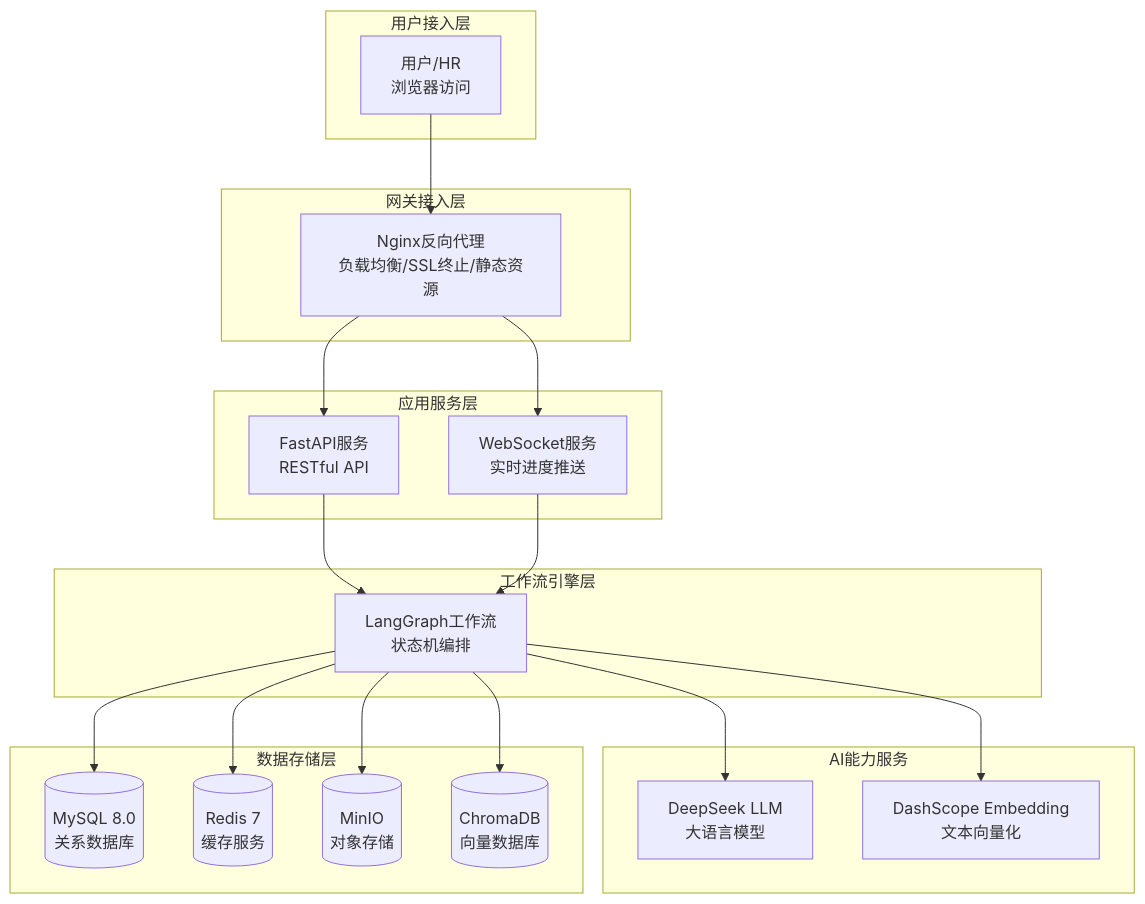
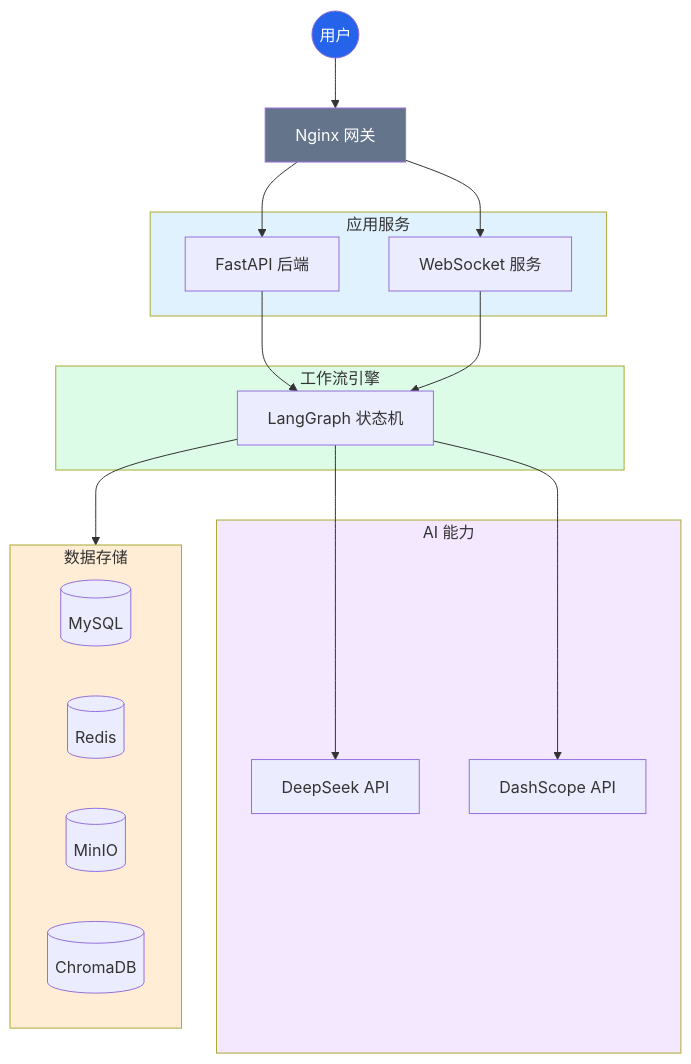
The fifth of 11 diagrams in README.md (xt765/ResumeScreening), drawn with Mermaid before and after one commit. The commit also changed other lines of this file and 5 other files, not shown here.

Commit message:
refactor: remove similarity score and update documentation diagrams

````diff
--- a/README.md
+++ b/README.md
@@ -174,43 +187,42 @@
 ```mermaid
-graph TB
-    subgraph 用户层["用户接入层"]
-        User[用户/HR<br/>浏览器访问]
+graph TD
+    User((用户)) --> Nginx[Nginx 网关]
+    
+    subgraph App_Layer [应用服务]
+        API[FastAPI 后端]
+        WS[WebSocket 服务]
     end
     
-    subgraph 接入层["网关接入层"]
-        Nginx[Nginx反向代理<br/>负载均衡/SSL终止/静态资源]
+    subgraph Workflow_Layer [工作流引擎]
+        LangGraph[LangGraph 状态机]
     end
     
-    subgraph 应用层["应用服务层"]
-        API[FastAPI服务<br/>RESTful API]
-        WSS[WebSocket服务<br/>实时进度推送]
+    subgraph AI_Layer [AI 能力]
+        LLM[DeepSeek API]
+        Embedding[DashScope API]
     end
     
-    subgraph 工作流引擎["工作流引擎层"]
-        WF[LangGraph工作流<br/>状态机编排]
+    subgraph Data_Layer [数据存储]
+        MySQL[(MySQL)]
+        Redis[(Redis)]
+        MinIO[(MinIO)]
+        Chroma[(ChromaDB)]
     end
     
-    subgraph AI服务["AI能力服务"]
-        LLM[DeepSeek LLM<br/>大语言模型]
-        EMB[DashScope Embedding<br/>文本向量化]
-    end
+    Nginx --> API
+    Nginx --> WS
     
-    subgraph 数据层["数据存储层"]
-        DB[(MySQL 8.0<br/>关系数据库)]
-        Cache[(Redis 7<br/>缓存服务)]
-        OSS[(MinIO<br/>对象存储)]
-        Vec[(ChromaDB<br/>向量数据库)]
-    end
+    API --> LangGraph
+    WS --> LangGraph
     
-    User --> Nginx
-    Nginx --> API
-    Nginx --> WSS
-    API --> WF
-    WSS --> WF
-    WF --> LLM
-    WF --> EMB
-    WF --> DB
-    WF --> Cache
-    WF --> OSS
-    WF --> Vec
+    LangGraph --> LLM
+    LangGraph --> Embedding
+    LangGraph --> Data_Layer
+    
+    style User fill:#2563eb,color:#fff
+    style Nginx fill:#64748b,color:#fff
+    style App_Layer fill:#e0f2fe
+    style Workflow_Layer fill:#dcfce7
+    style AI_Layer fill:#f3e8ff
+    style Data_Layer fill:#ffedd5
 ```
````
